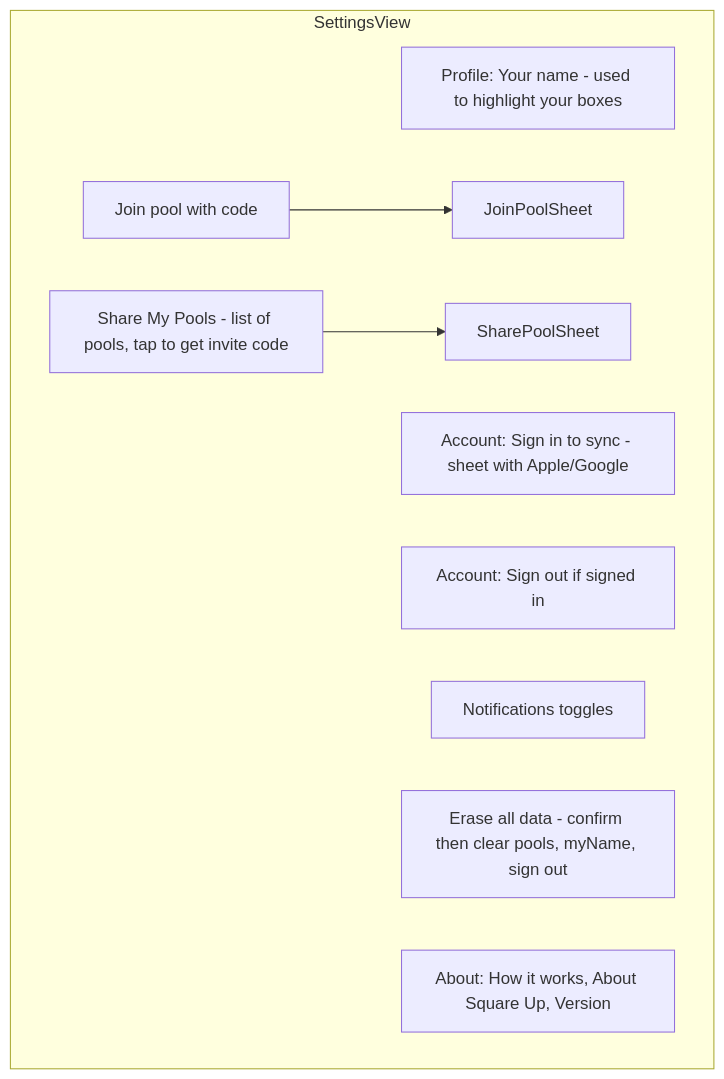
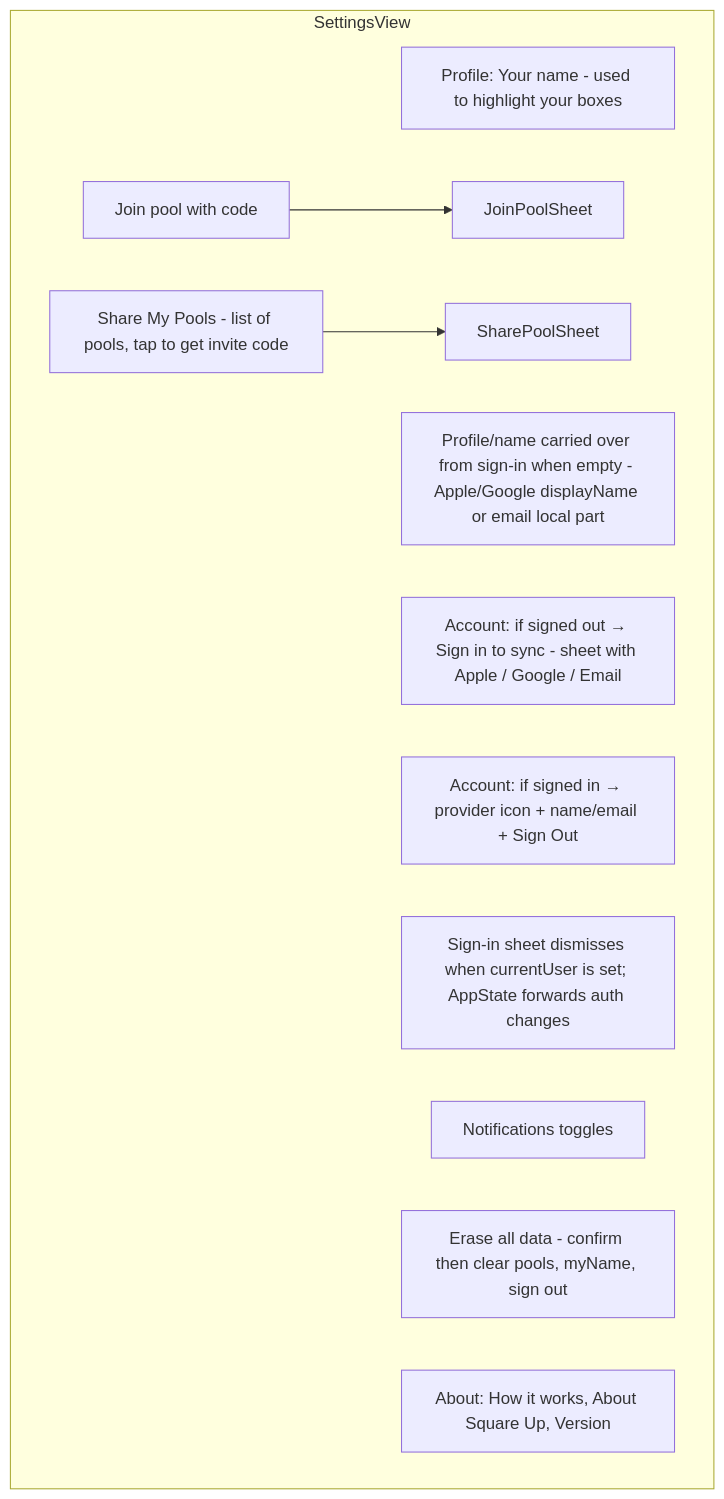
Before and after one commit to mcapace/superbowlbox: the ninth of 12 diagrams in docs/APP_FLOW.md, drawn with Mermaid. The commit also changed other lines of this file and 7 other files, not shown here.

First line of the commit message:
Docs: auth (Apple/Google/Email), schemas, flowcharts, UX

````diff
--- a/docs/APP_FLOW.md
+++ b/docs/APP_FLOW.md
@@ -193,15 +193,17 @@
 ```mermaid
 flowchart TD
     subgraph Settings["SettingsView"]
         SV0[Profile: Your name - used to highlight your boxes]
-        SV1[Account: Sign in to sync - sheet with Apple/Google]
-        SV2[Account: Sign out if signed in]
-        SV3[Notifications toggles]
-        SV4[Join pool with code]
-        SV5[Share My Pools - list of pools, tap to get invite code]
-        SV6[Erase all data - confirm then clear pools, myName, sign out]
-        SV7[About: How it works, About Square Up, Version]
-        SV4 --> JoinPoolSheet
-        SV5 --> SharePoolSheet
+        SV0a[Profile/name carried over from sign-in when empty - Apple/Google displayName or email local part]
+        SV1[Account: if signed out → Sign in to sync - sheet with Apple / Google / Email]
+        SV1a[Account: if signed in → provider icon + name/email + Sign Out]
+        SV1b[Sign-in sheet dismisses when currentUser is set; AppState forwards auth changes]
+        SV2[Notifications toggles]
+        SV3[Join pool with code]
+        SV4[Share My Pools - list of pools, tap to get invite code]
+        SV5[Erase all data - confirm then clear pools, myName, sign out]
+        SV6[About: How it works, About Square Up, Version]
+        SV3 --> JoinPoolSheet
+        SV4 --> SharePoolSheet
     end
 ```
````
